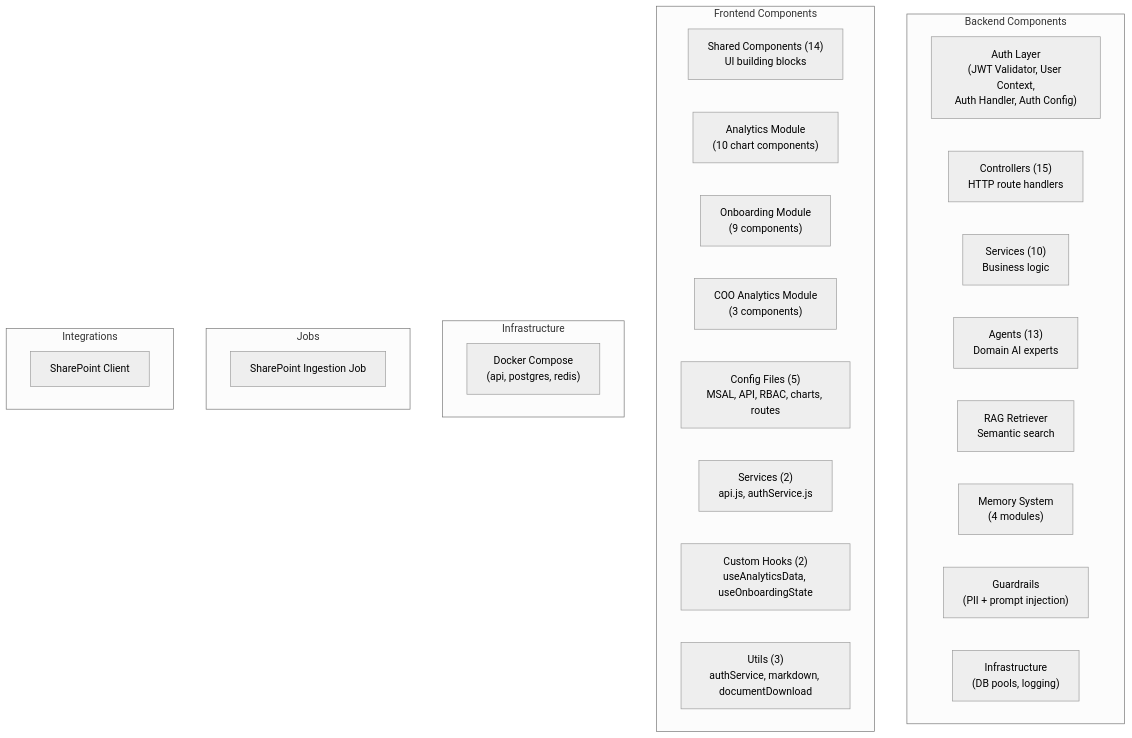
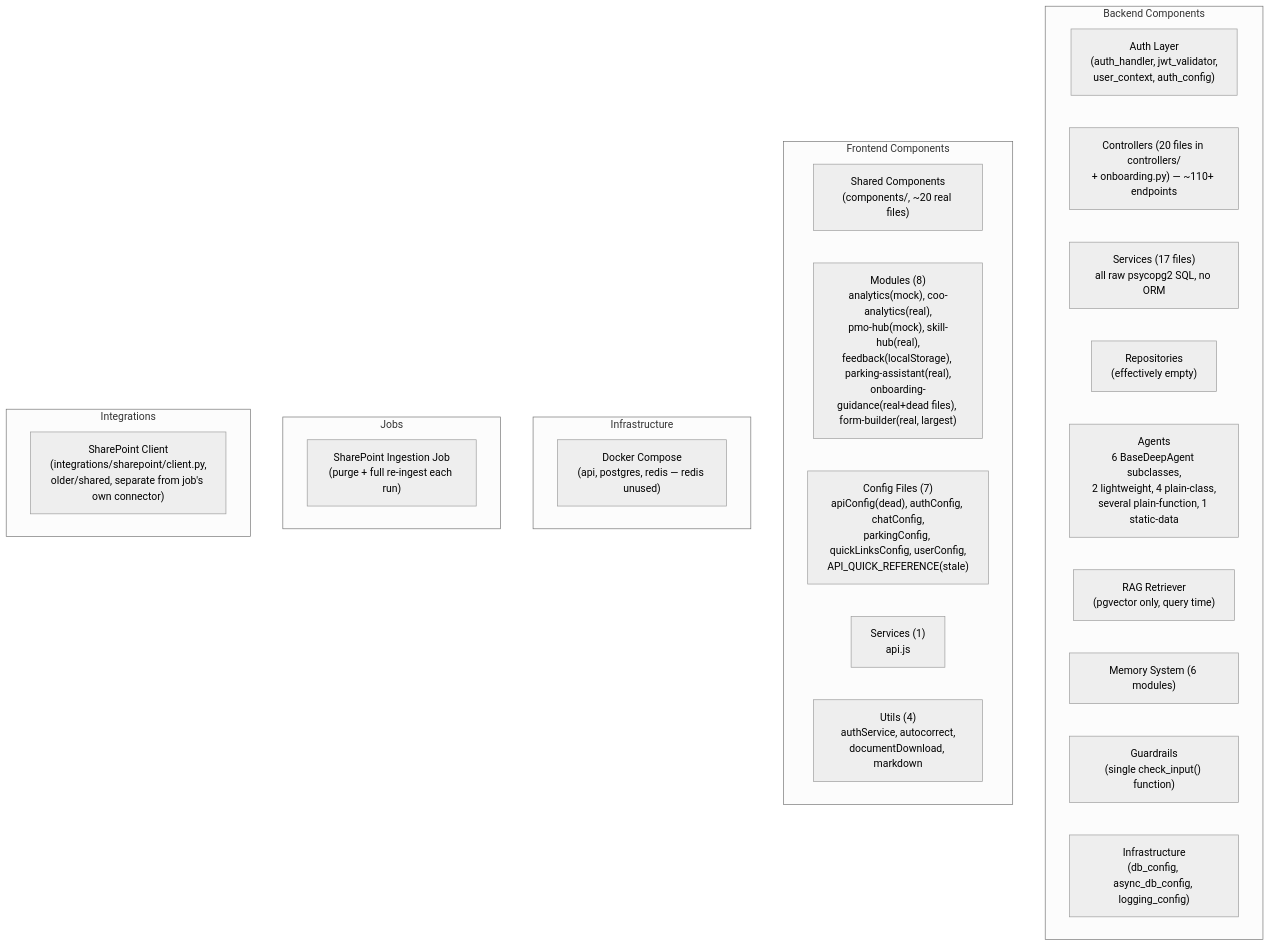
The diagram in knowledge-specs/docs/10-reference/component-inventory.md (pdikondaaa/aa-hackathon), drawn with Mermaid (neutral theme) before and after one commit. The commit also changed other lines of this file and 71 other files, not shown here.

````diff
--- a/knowledge-specs/docs/10-reference/component-inventory.md
+++ b/knowledge-specs/docs/10-reference/component-inventory.md
@@ -12,36 +14,34 @@
 ```mermaid
 graph TD
     subgraph "Backend Components"
-        AUTH["Auth Layer\n(JWT Validator, User Context,\nAuth Handler, Auth Config)"]
-        CTRL["Controllers (15)\nHTTP route handlers"]
-        SVC["Services (10)\nBusiness logic"]
-        AGTS["Agents (13)\nDomain AI experts"]
-        RAG["RAG Retriever\nSemantic search"]
-        MEM["Memory System\n(4 modules)"]
-        GUARD["Guardrails\n(PII + prompt injection)"]
-        INFRA["Infrastructure\n(DB pools, logging)"]
+        AUTH["Auth Layer\n(auth_handler, jwt_validator,\nuser_context, auth_config)"]
+        CTRL["Controllers (20 files in controllers/\n+ onboarding.py) — ~110+ endpoints"]
+        SVC["Services (17 files)\nall raw psycopg2 SQL, no ORM"]
+        REPO["Repositories\n(effectively empty)"]
+        AGTS["Agents\n6 BaseDeepAgent subclasses,\n2 lightweight, 4 plain-class,\nseveral plain-function, 1 static-data"]
+        RAG["RAG Retriever\n(pgvector only, query time)"]
+        MEM["Memory System (6 modules)"]
+        GUARD["Guardrails\n(single check_input() function)"]
+        INFRA["Infrastructure\n(db_config, async_db_config, logging_config)"]
     end
 
     subgraph "Frontend Components"
-        SHAREDCOMP["Shared Components (14)\nUI building blocks"]
-        ANALYTICS["Analytics Module\n(10 chart components)"]
-        ONBOARDING["Onboarding Module\n(9 components)"]
-        COO["COO Analytics Module\n(3 components)"]
-        CFGFE["Config Files (5)\nMSAL, API, RBAC, charts, routes"]
-        SVCSFE["Services (2)\napi.js, authService.js"]
-        HOOKS["Custom Hooks (2)\nuseAnalyticsData, useOnboardingState"]
-        UTILSFE["Utils (3)\nauthService, markdown, documentDownload"]
+        SHAREDCOMP["Shared Components\n(components/, ~20 real files)"]
+        MODULES["Modules (8)\nanalytics(mock), coo-analytics(real),\npmo-hub(mock), skill-hub(real),\nfeedback(localStorage), parking-assistant(real),\nonboarding-guidance(real+dead files), form-builder(real, largest)"]
+        CFGFE["Config Files (7)\napiConfig(dead), authConfig, chatConfig,\nparkingConfig, quickLinksConfig, userConfig,\nAPI_QUICK_REFERENCE(stale)"]
+        SVCSFE["Services (1)\napi.js"]
+        UTILSFE["Utils (4)\nauthService, autocorrect,\ndocumentDownload, markdown"]
     end
 
     subgraph "Infrastructure"
-        DOCKER["Docker Compose\n(api, postgres, redis)"]
+        DOCKER["Docker Compose\n(api, postgres, redis — redis unused)"]
     end
 
     subgraph "Jobs"
-        SPJOB["SharePoint Ingestion Job"]
+        SPJOB["SharePoint Ingestion Job\n(purge + full re-ingest each run)"]
     end
 
     subgraph "Integrations"
-        SPINT["SharePoint Client"]
+        SPINT["SharePoint Client\n(integrations/sharepoint/client.py,\nolder/shared, separate from job's own connector)"]
     end
 ```
````
